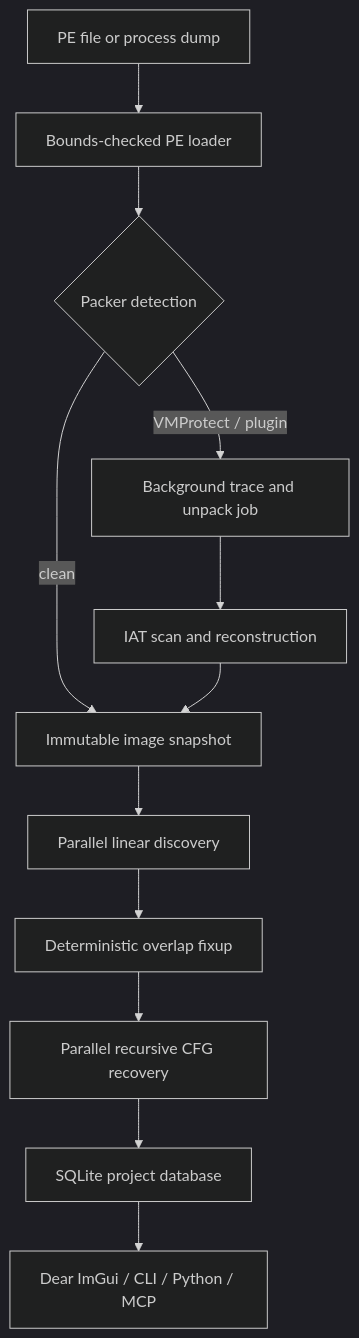
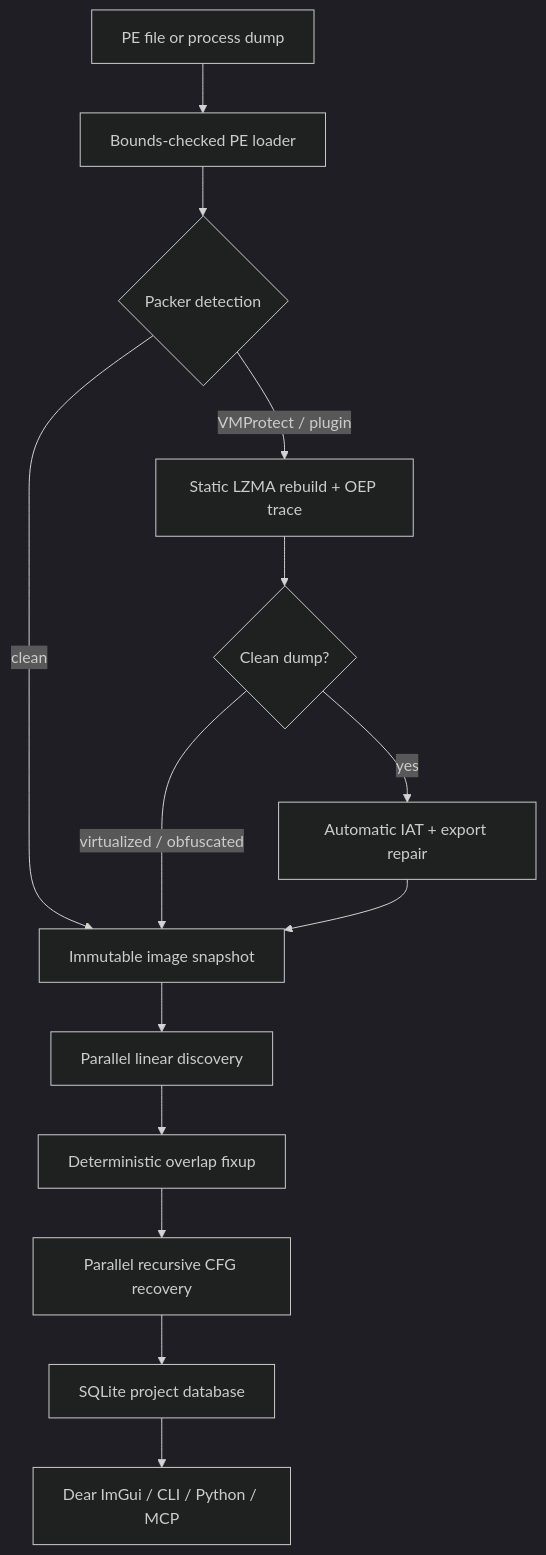
One commit to YEAHMAN563/AeroRE changed the diagram in README.md. Above: the diagram before and after it, drawn with Mermaid (dark theme). The commit also changed other lines of this file and 210 other files, not shown here.

````diff
--- a/README.md
+++ b/README.md
@@ -14,14 +14,16 @@
 ```mermaid
 flowchart TD
     A["PE file or process dump"] --> B["Bounds-checked PE loader"]
     B --> C{"Packer detection"}
     C -->|clean| E["Immutable image snapshot"]
-    C -->|VMProtect / plugin| D["Background trace and unpack job"]
-    D --> F["IAT scan and reconstruction"]
+    C -->|VMProtect / plugin| D["Static LZMA rebuild + OEP trace"]
+    D --> R{"Clean dump?"}
+    R -->|yes| F["Automatic IAT + export repair"]
+    R -->|virtualized / obfuscated| E
     F --> E
     E --> G["Parallel linear discovery"]
     G --> H["Deterministic overlap fixup"]
     H --> I["Parallel recursive CFG recovery"]
     I --> J["SQLite project database"]
     J --> K["Dear ImGui / CLI / Python / MCP"]
 ```
````
